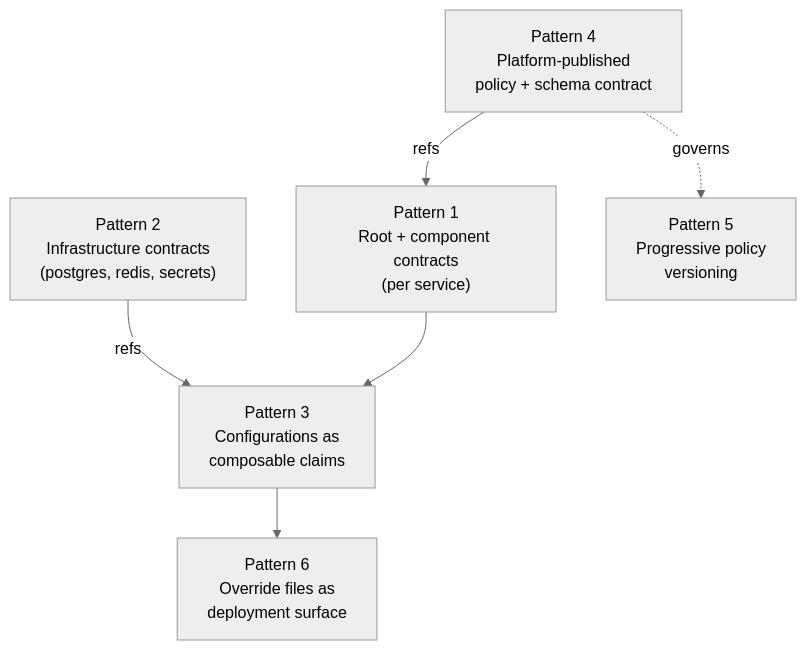
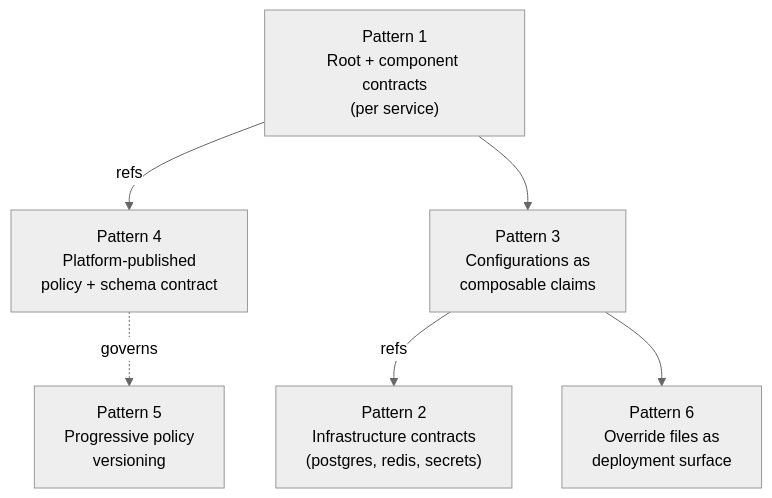
Before and after one commit to TrianaLab/pacto: the diagram in docs/patterns.md, drawn with Mermaid (neutral theme). The commit also changed other lines of this file and 27 other files, not shown here.

````diff
--- a/docs/patterns.md
+++ b/docs/patterns.md
@@ -376,15 +376,15 @@
 ```mermaid
 flowchart TD
     plat["Pattern 4<br/>Platform-published<br/>policy + schema contract"]
     infra["Pattern 2<br/>Infrastructure contracts<br/>(postgres, redis, secrets)"]
     monorepo["Pattern 1<br/>Root + component contracts<br/>(per service)"]
     composable["Pattern 3<br/>Configurations as<br/>composable claims"]
     overrides["Pattern 6<br/>Override files as<br/>deployment surface"]
     progressive["Pattern 5<br/>Progressive policy<br/>versioning"]
 
-    plat -->|"refs"| monorepo
-    infra -->|"refs"| composable
+    monorepo -->|"refs"| plat
+    composable -->|"refs"| infra
     monorepo --> composable
     composable --> overrides
     plat -.->|"governs"| progressive
 ```
````
